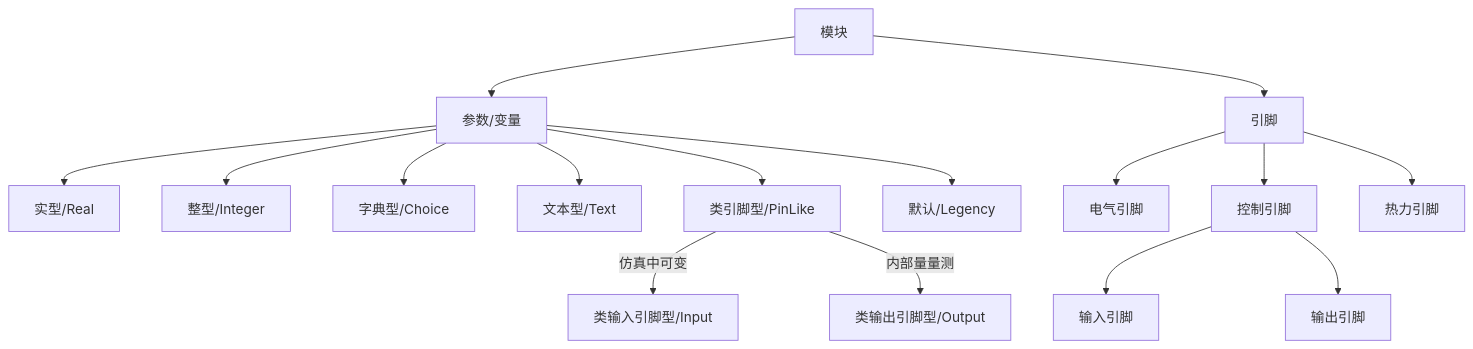
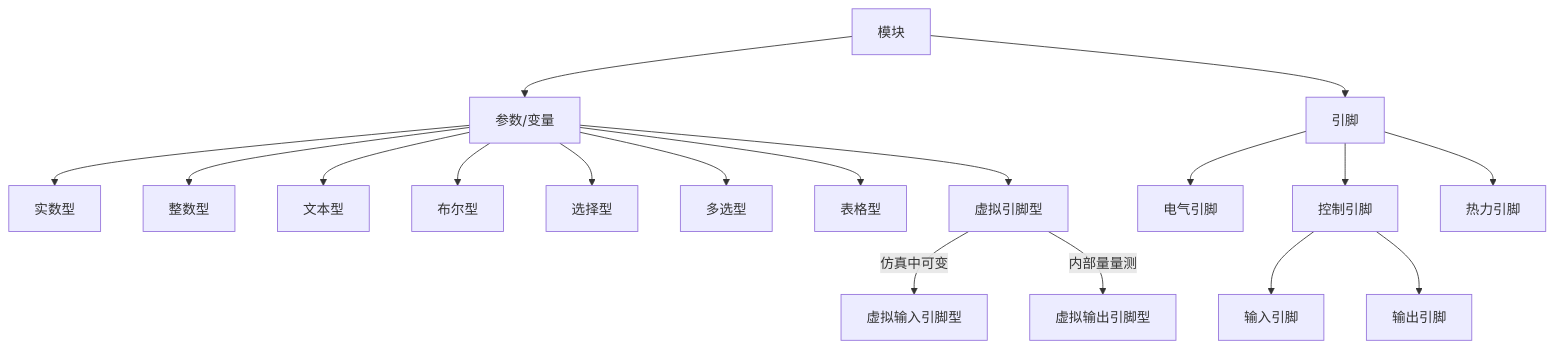
One commit to CloudPSS/docs changed the diagram in docs/zh-hans/features/Basic/ParameterSystem/index.md. Above: the diagram before and after it, drawn with Mermaid. The commit also changed other lines of this file and 274 other files, not shown here.

````diff
--- a/docs/zh-hans/features/Basic/ParameterSystem/index.md
+++ b/docs/zh-hans/features/Basic/ParameterSystem/index.md
@@ -37,18 +37,20 @@
 ```mermaid
 graph TD
 A[模块] --> B[参数/变量]
 A --> C[引脚]
-B --> D[实型/Real]
-B --> E[整型/Integer]
-B --> F[字典型/Choice]
-B --> G[文本型/Text]
-B --> H[类引脚型/PinLike]
-B --> P[默认/Legency]
-H --> |仿真中可变| I[类输入引脚型/Input]
-H --> |内部量量测| J[类输出引脚型/Output]
+B --> D[实数型]
+B --> E[整数型]
+B --> F[文本型]
+B --> G[布尔型]
+B --> H[选择型]
+B --> P[多选型]
+B --> Q[表格型]
+B --> R[虚拟引脚型]
+R --> |仿真中可变| I[虚拟输入引脚型]
+R --> |内部量量测| J[虚拟输出引脚型]
 C --> K[电气引脚]
 C --> L[控制引脚]
 C --> M[热力引脚]
 L --> N[输入引脚]
 L --> O[输出引脚] 
 ```
````
